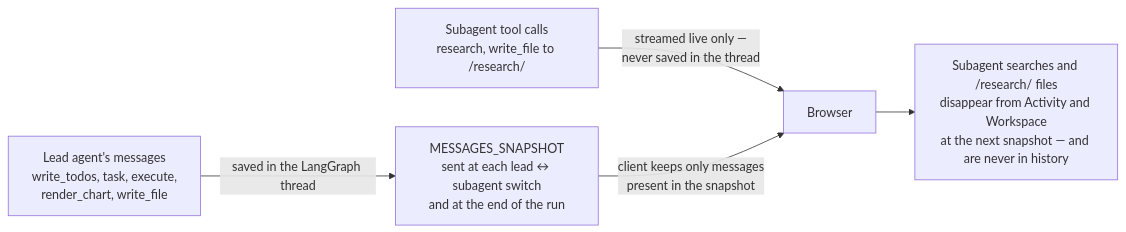
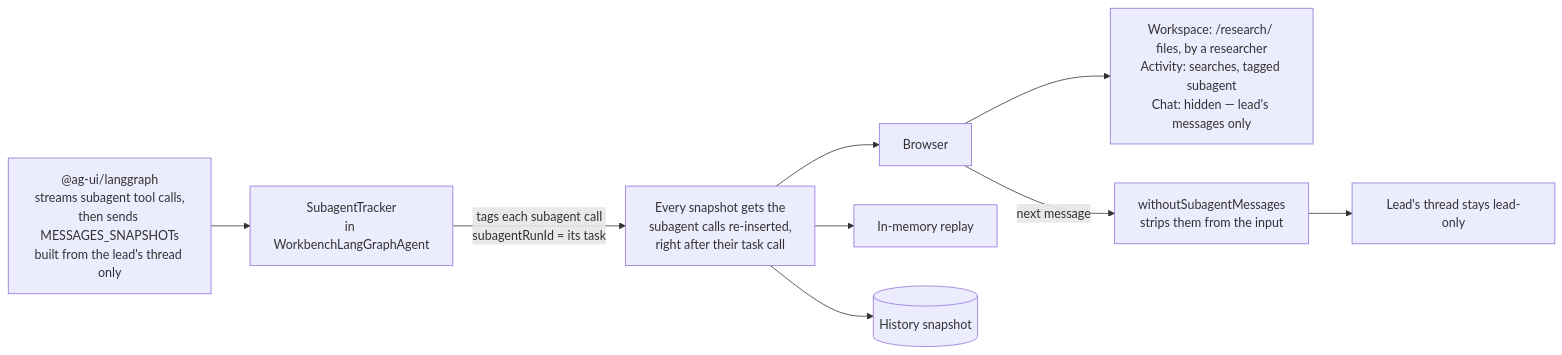
Before and after one commit to jzamalloa1/intelligence-workbench: the sixth of 6 diagrams in README.md, drawn with Mermaid. The commit also changed other lines of this file and 11 other files, not shown here.

First line of the commit message:
Keep subagent work: research files, searches, and history

````diff
--- a/README.md
+++ b/README.md
@@ -346,7 +350,11 @@
 ```mermaid
 flowchart LR
-    LEAD["Lead agent's messages<br/>write_todos, task, execute,<br/>render_chart, write_file"] -->|"saved in the LangGraph thread"| SNAP["MESSAGES_SNAPSHOT<br/>sent at each lead ↔ subagent switch<br/>and at the end of the run"]
-    SUB["Subagent tool calls<br/>research, write_file to /research/"] -->|"streamed live only —<br/>never saved in the thread"| UI["Browser"]
-    SNAP -->|"client keeps only messages<br/>present in the snapshot"| UI
-    UI --> GONE["Subagent searches and /research/ files<br/>disappear from Activity and Workspace<br/>at the next snapshot — and are never in history"]
+    ADAPTER["@ag-ui/langgraph<br/>streams subagent tool calls,<br/>then sends MESSAGES_SNAPSHOTs<br/>built from the lead's thread only"] --> TRACK["SubagentTracker<br/>in WorkbenchLangGraphAgent"]
+    TRACK -->|"tags each subagent call<br/>subagentRunId = its task"| OUT["Every snapshot gets the<br/>subagent calls re-inserted,<br/>right after their task call"]
+    OUT --> UI["Browser"]
+    OUT --> MEM["In-memory replay"]
+    OUT --> DB[("History snapshot")]
+    UI --> PANELS["Workspace: /research/ files, by a researcher<br/>Activity: searches, tagged subagent<br/>Chat: hidden — lead's messages only"]
+    UI -->|"next message"| STRIP["withoutSubagentMessages<br/>strips them from the input"]
+    STRIP --> LEADTHREAD["Lead's thread stays lead-only"]
 ```
````
